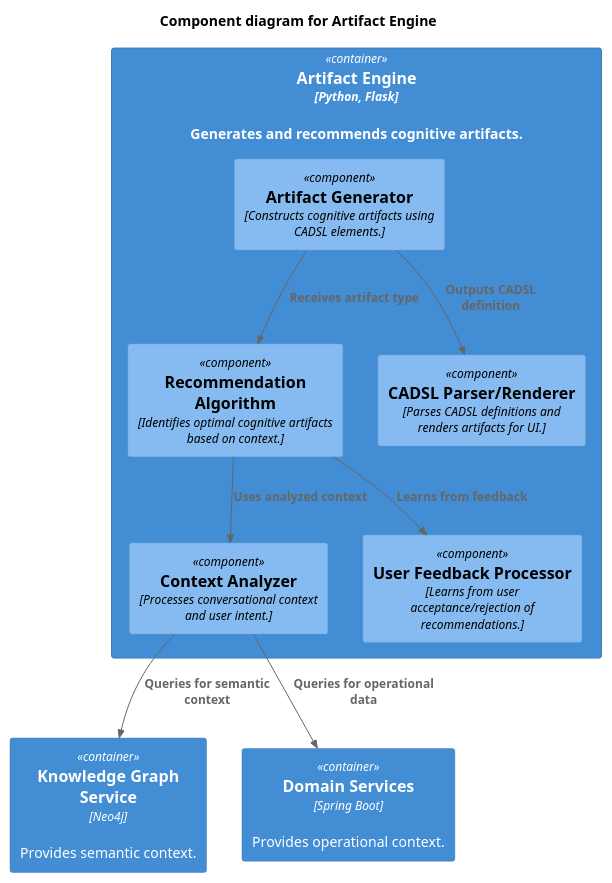
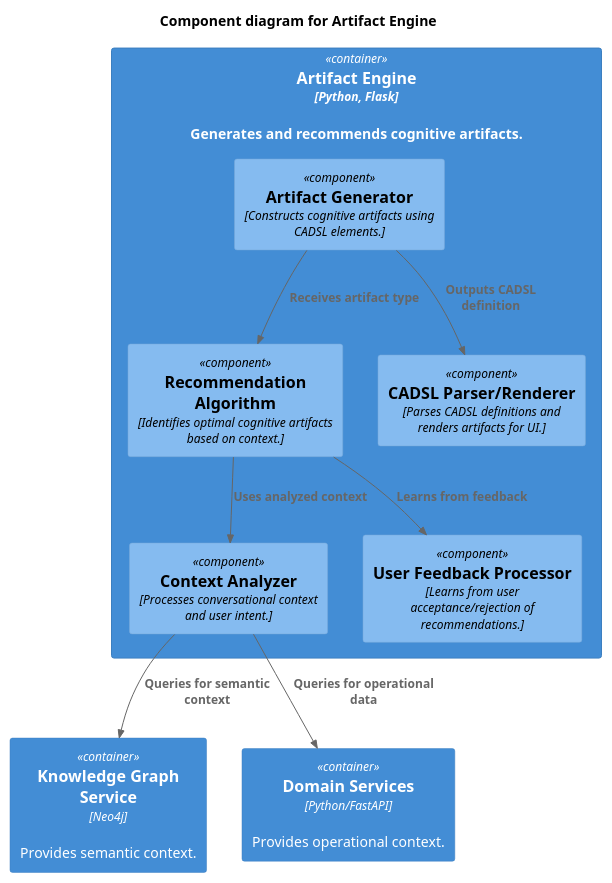
One commit to GodSpeedAI/SEA changed the third of 5 diagrams in docs/05-framework-documents/sea-full.md. Above: the diagram before and after it, drawn with PlantUML. The commit also changed other lines of this file and 39 other files, not shown here.

First line of the commit message:
Refactor documentation and architecture diagrams for SEA 5.0

````diff
--- a/docs/05-framework-documents/sea-full.md
+++ b/docs/05-framework-documents/sea-full.md
@@ -137,26 +137,26 @@
 ```plantuml
 @startuml C4_Component
 !include https://raw.githubusercontent.com/plantuml-stdlib/C4-PlantUML/master/C4_Component.puml
 
 TITLE Component diagram for Artifact Engine
 
 Container(artifact_engine, "Artifact Engine", "Python, Flask", "Generates and recommends cognitive artifacts.") {
     Component(recommendation_algorithm, "Recommendation Algorithm", "Identifies optimal cognitive artifacts based on context.")
     Component(artifact_generator, "Artifact Generator", "Constructs cognitive artifacts using CADSL elements.")
     Component(context_analyzer, "Context Analyzer", "Processes conversational context and user intent.")
     Component(user_feedback_processor, "User Feedback Processor", "Learns from user acceptance/rejection of recommendations.")
     Component(cadsl_parser_renderer, "CADSL Parser/Renderer", "Parses CADSL definitions and renders artifacts for UI.")
 }
 
 Container(knowledge_graph_service, "Knowledge Graph Service", "Neo4j", "Provides semantic context.")
-Container(domain_services, "Domain Services", "Spring Boot", "Provides operational context.")
+Container(domain_services, "Domain Services", "Python/FastAPI", "Provides operational context.")
 
 Rel(context_analyzer, domain_services, "Queries for operational data")
 Rel(context_analyzer, knowledge_graph_service, "Queries for semantic context")
 Rel(recommendation_algorithm, context_analyzer, "Uses analyzed context")
 Rel(recommendation_algorithm, user_feedback_processor, "Learns from feedback")
 Rel(artifact_generator, recommendation_algorithm, "Receives artifact type")
 Rel(artifact_generator, cadsl_parser_renderer, "Outputs CADSL definition")
 
 @enduml
 ```
````
